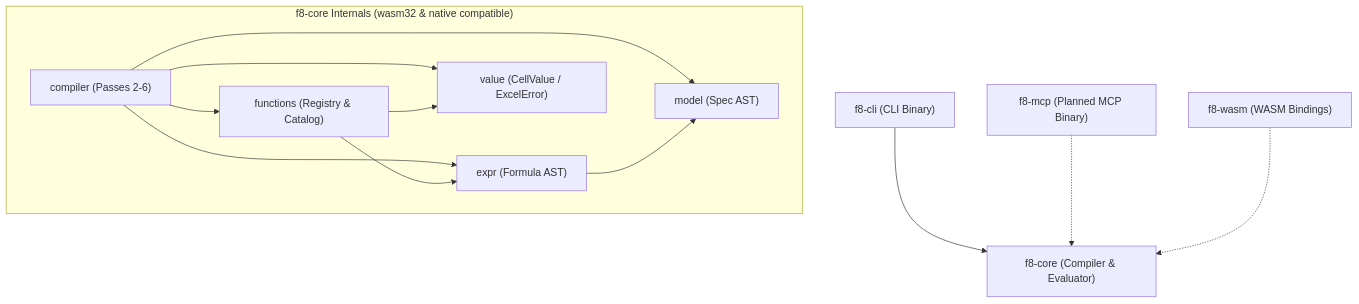
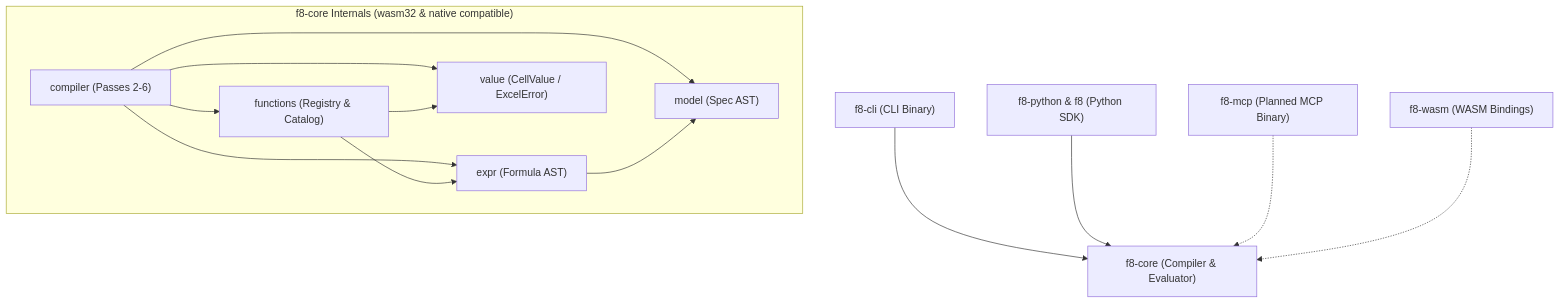
One commit to mhcfa/f8 changed the diagram in docs/codebase-structure.md. Above: the diagram before and after it, drawn with Mermaid. The commit also changed other lines of this file and 10 other files, not shown here.

````diff
--- a/docs/codebase-structure.md
+++ b/docs/codebase-structure.md
@@ -93,17 +100,18 @@
 ```mermaid
 flowchart TD
     CLI["f8-cli (CLI Binary)"] --> Core["f8-core (Compiler & Evaluator)"]
+    SDK["f8-python & f8 (Python SDK)"] --> Core
     MCP["f8-mcp (Planned MCP Binary)"] -.-> Core
     WASM["f8-wasm (WASM Bindings)"] -.-> Core
 
     subgraph CoreInternals ["f8-core Internals (wasm32 & native compatible)"]
         CompilerPasses["compiler (Passes 2-6)"] --> Functions["functions (Registry & Catalog)"]
         CompilerPasses --> Expr["expr (Formula AST)"]
         CompilerPasses --> Model["model (Spec AST)"]
         CompilerPasses --> Value["value (CellValue / ExcelError)"]
 
         Functions --> Value
         Functions --> Expr
         Expr --> Model
     end
 ```
````
